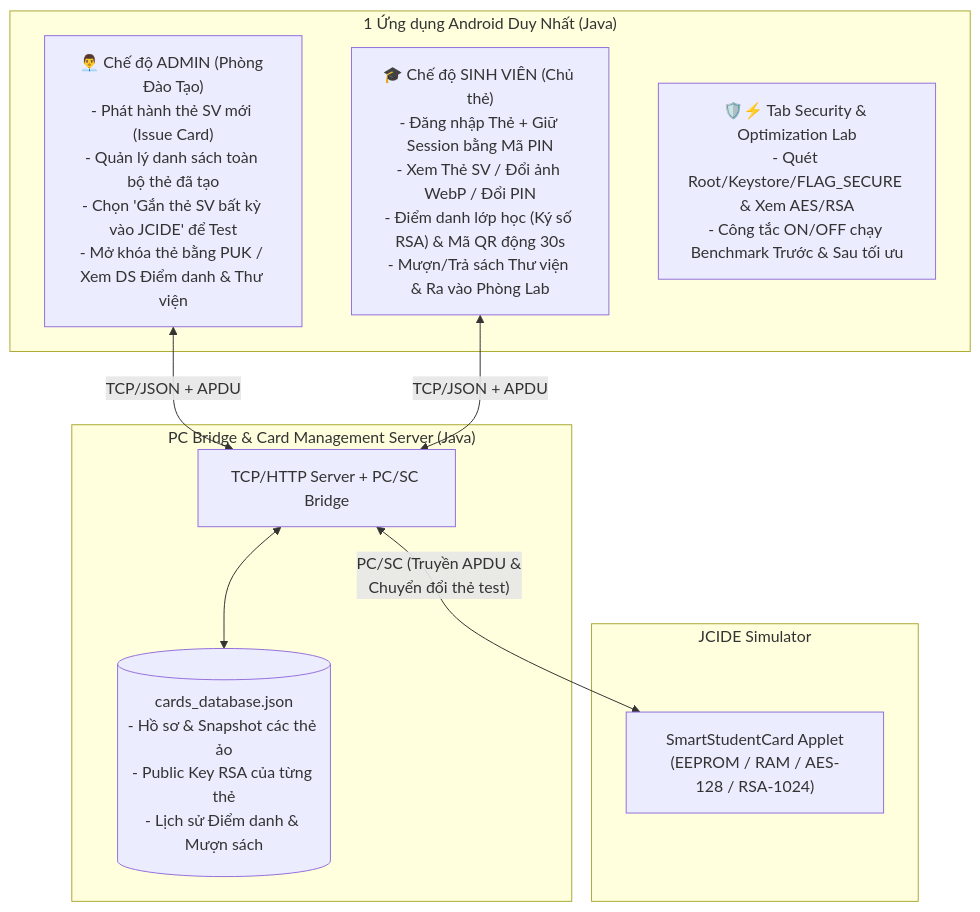
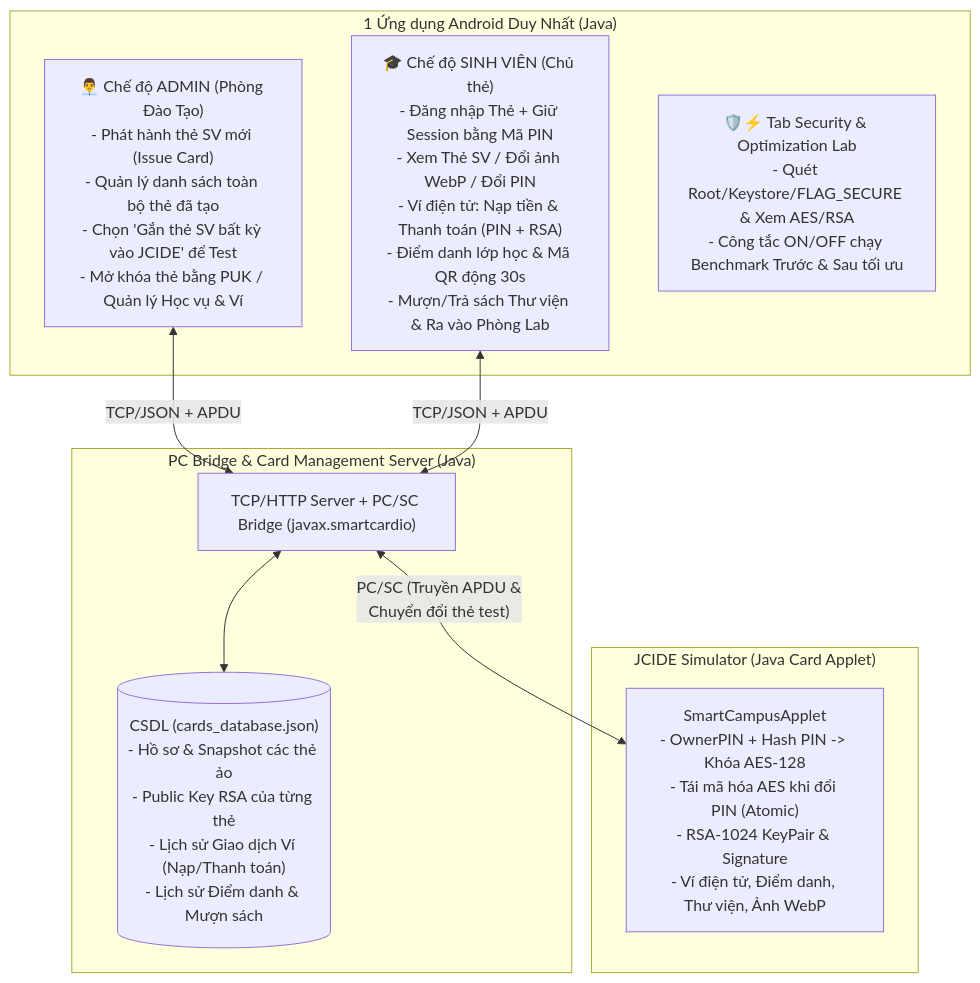
The diagram in KE_HOACH_DO_AN_3_MON.md (VuNgocHai179/SmartStudentID), drawn with Mermaid before and after one commit. The commit also changed other lines of this file and 102 other files, not shown here.

````diff
--- a/KE_HOACH_DO_AN_3_MON.md
+++ b/KE_HOACH_DO_AN_3_MON.md
@@ -11,22 +11,22 @@
 ```mermaid
 flowchart TB
     subgraph Android ["1 Ứng dụng Android Duy Nhất (Java)"]
-        ADMIN["👨‍💼 Chế độ ADMIN (Phòng Đào Tạo)\n- Phát hành thẻ SV mới (Issue Card)\n- Quản lý danh sách toàn bộ thẻ đã tạo\n- Chọn 'Gắn thẻ SV bất kỳ vào JCIDE' để Test\n- Mở khóa thẻ bằng PUK / Xem DS Điểm danh & Thư viện"]
-        STUDENT["🎓 Chế độ SINH VIÊN (Chủ thẻ)\n- Đăng nhập Thẻ + Giữ Session bằng Mã PIN\n- Xem Thẻ SV / Đổi ảnh WebP / Đổi PIN\n- Điểm danh lớp học (Ký số RSA) & Mã QR động 30s\n- Mượn/Trả sách Thư viện & Ra vào Phòng Lab"]
+        ADMIN["👨‍💼 Chế độ ADMIN (Phòng Đào Tạo)\n- Phát hành thẻ SV mới (Issue Card)\n- Quản lý danh sách toàn bộ thẻ đã tạo\n- Chọn 'Gắn thẻ SV bất kỳ vào JCIDE' để Test\n- Mở khóa thẻ bằng PUK / Quản lý Học vụ & Ví"]
+        STUDENT["🎓 Chế độ SINH VIÊN (Chủ thẻ)\n- Đăng nhập Thẻ + Giữ Session bằng Mã PIN\n- Xem Thẻ SV / Đổi ảnh WebP / Đổi PIN\n- Ví điện tử: Nạp tiền & Thanh toán (PIN + RSA)\n- Điểm danh lớp học & Mã QR động 30s\n- Mượn/Trả sách Thư viện & Ra vào Phòng Lab"]
         LAB["🛡️⚡ Tab Security & Optimization Lab\n- Quét Root/Keystore/FLAG_SECURE & Xem AES/RSA\n- Công tắc ON/OFF chạy Benchmark Trước & Sau tối ưu"]
     end
 
     subgraph PC_Server ["PC Bridge & Card Management Server (Java)"]
-        BRIDGE["TCP/HTTP Server + PC/SC Bridge"]
-        DB[("cards_database.json\n- Hồ sơ & Snapshot các thẻ ảo\n- Public Key RSA của từng thẻ\n- Lịch sử Điểm danh & Mượn sách")]
+        BRIDGE["TCP/HTTP Server + PC/SC Bridge (javax.smartcardio)"]
+        DB[("CSDL (cards_database.json)\n- Hồ sơ & Snapshot các thẻ ảo\n- Public Key RSA của từng thẻ\n- Lịch sử Giao dịch Ví (Nạp/Thanh toán)\n- Lịch sử Điểm danh & Mượn sách")]
         BRIDGE <--> DB
     end
 
-    subgraph SmartCard ["JCIDE Simulator"]
-        APPLET["SmartStudentCard Applet\n(EEPROM / RAM / AES-128 / RSA-1024)"]
+    subgraph SmartCard ["JCIDE Simulator (Java Card Applet)"]
+        APPLET["SmartCampusApplet\n- OwnerPIN + Hash PIN -> Khóa AES-128\n- Tái mã hóa AES khi đổi PIN (Atomic)\n- RSA-1024 KeyPair & Signature\n- Ví điện tử, Điểm danh, Thư viện, Ảnh WebP"]
     end
 
     ADMIN <-->|"TCP/JSON + APDU"| BRIDGE
     STUDENT <-->|"TCP/JSON + APDU"| BRIDGE
     BRIDGE <-->|"PC/SC (Truyền APDU &\nChuyển đổi thẻ test)"| APPLET
 ```
````
